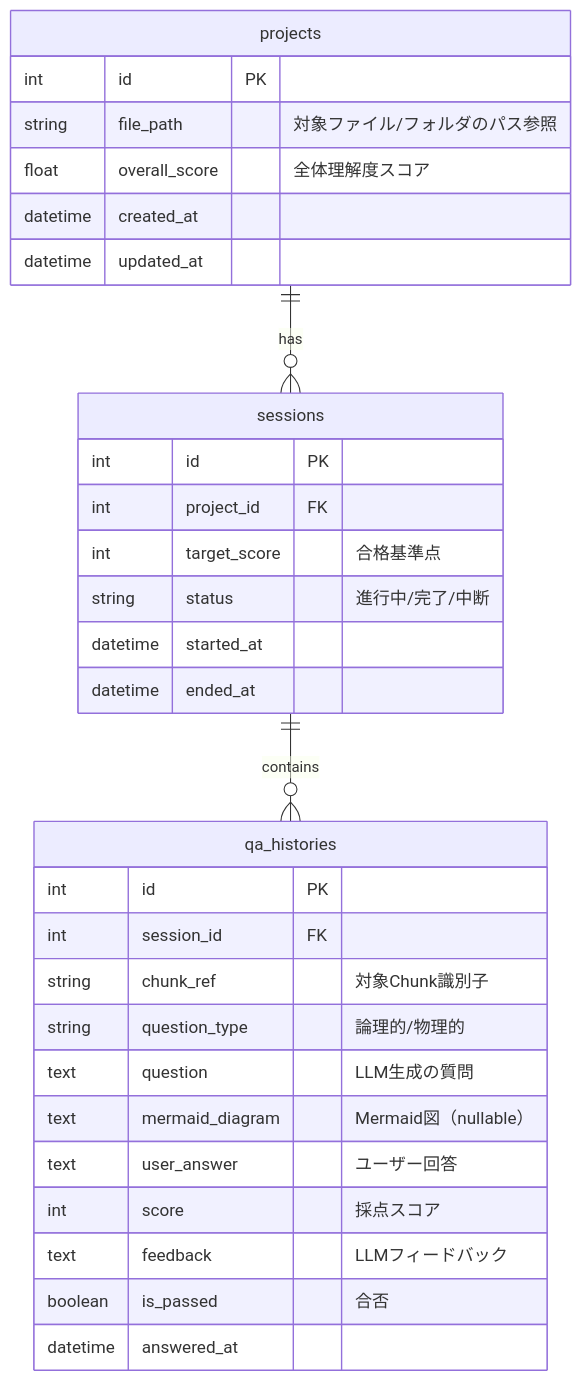
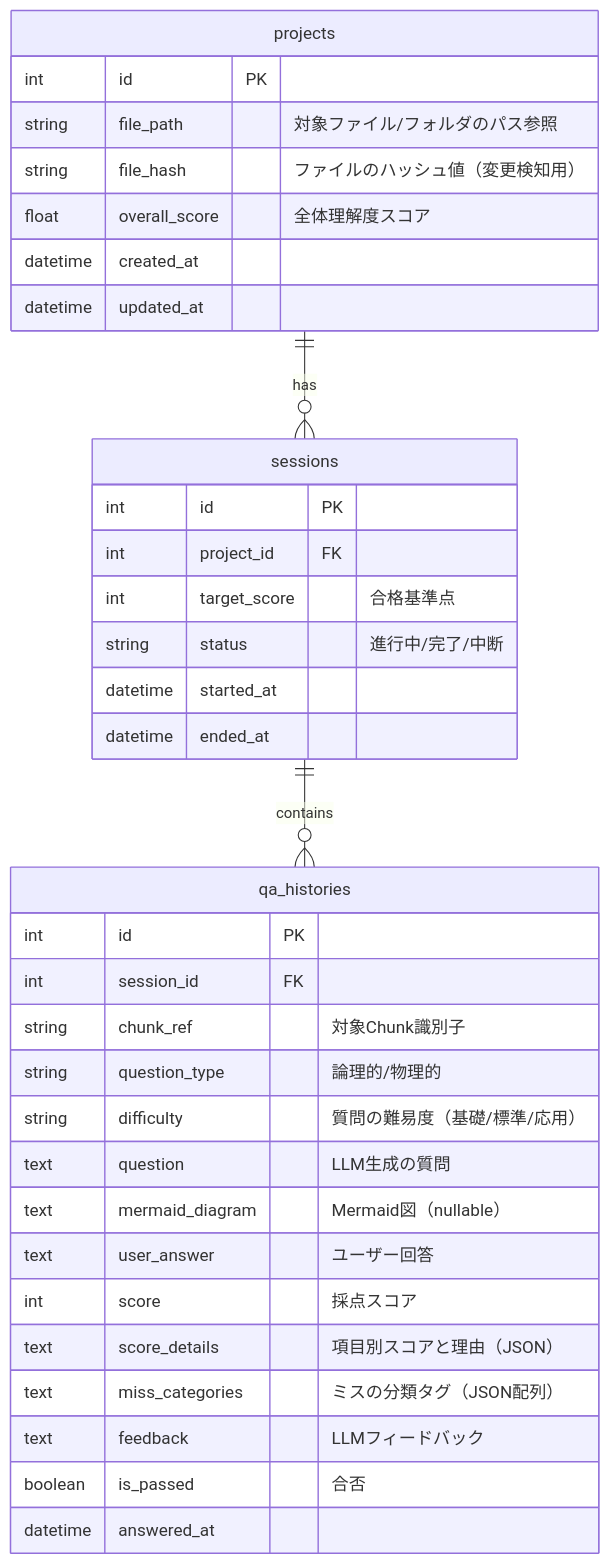
Before and after one commit to ohban730/Fathom: the fourth of 5 diagrams in docs/system_architecture.md, drawn with Mermaid. The commit also changed other lines of this file and 4 other files, not shown here.

````diff
--- a/docs/system_architecture.md
+++ b/docs/system_architecture.md
@@ -130,36 +138,40 @@
 ```mermaid
 erDiagram
     projects ||--o{ sessions : "has"
     sessions ||--o{ qa_histories : "contains"
 
     projects {
         int id PK
         string file_path "対象ファイル/フォルダのパス参照"
+        string file_hash "ファイルのハッシュ値（変更検知用）"
         float overall_score "全体理解度スコア"
         datetime created_at
         datetime updated_at
     }
 
     sessions {
         int id PK
         int project_id FK
         int target_score "合格基準点"
         string status "進行中/完了/中断"
         datetime started_at
         datetime ended_at
     }
 
     qa_histories {
         int id PK
         int session_id FK
         string chunk_ref "対象Chunk識別子"
         string question_type "論理的/物理的"
+        string difficulty "質問の難易度（基礎/標準/応用）"
         text question "LLM生成の質問"
         text mermaid_diagram "Mermaid図（nullable）"
         text user_answer "ユーザー回答"
         int score "採点スコア"
+        text score_details "項目別スコアと理由（JSON）"
+        text miss_categories "ミスの分類タグ（JSON配列）"
         text feedback "LLMフィードバック"
         boolean is_passed "合否"
         datetime answered_at
     }
 ```
````
